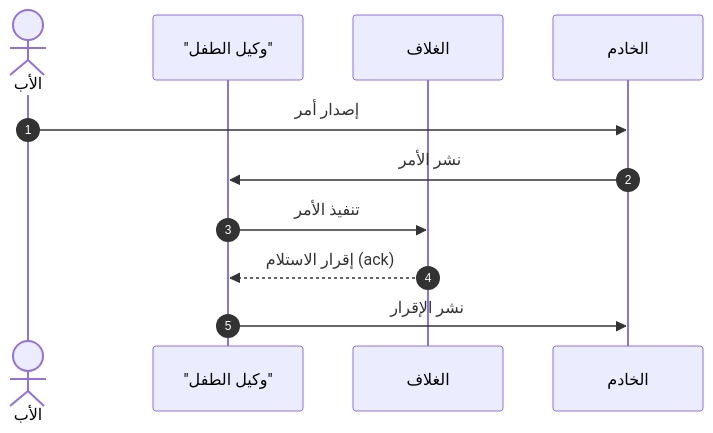
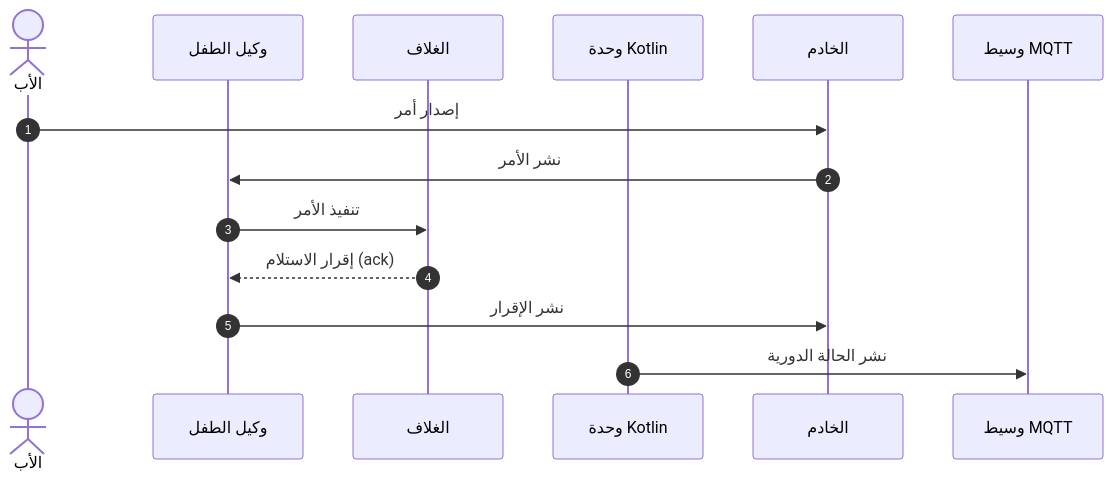
Diagram 11 of 26 in docs/family-os/governance/phases/phase-1/S1-01-app-shell-and-platform/DIAGRAMS.md (Bassam-mohammed-alqaeadi/family-os-v2), drawn with Mermaid before and after one commit. The commit also changed other lines of this file, not shown here.

Commit message:
Q-440: S1-01 — «شيء أزعجني» في UC21 والحالة الدورية وإزالة الاقتباس

````diff
--- a/docs/family-os/governance/phases/phase-1/S1-01-app-shell-and-platform/DIAGRAMS.md
+++ b/docs/family-os/governance/phases/phase-1/S1-01-app-shell-and-platform/DIAGRAMS.md
@@ -453,14 +457,17 @@
 ```mermaid
 %%{init: {"sequence": {"wrap": true}}}%%
 sequenceDiagram
     autonumber
     actor Father as الأب
-    participant Agent as "وكيل الطفل"
+    participant Agent as وكيل الطفل
     participant Shell as الغلاف
+    participant K as وحدة Kotlin
     participant Ktor as الخادم
+    participant MQTT as وسيط MQTT
     Father->>Ktor: إصدار أمر
     Ktor->>Agent: نشر الأمر
     Agent->>Shell: تنفيذ الأمر
     Shell-->>Agent: إقرار الاستلام (ack)
     Agent->>Ktor: نشر الإقرار
+    K->>MQTT: نشر الحالة الدورية
 ```
````
